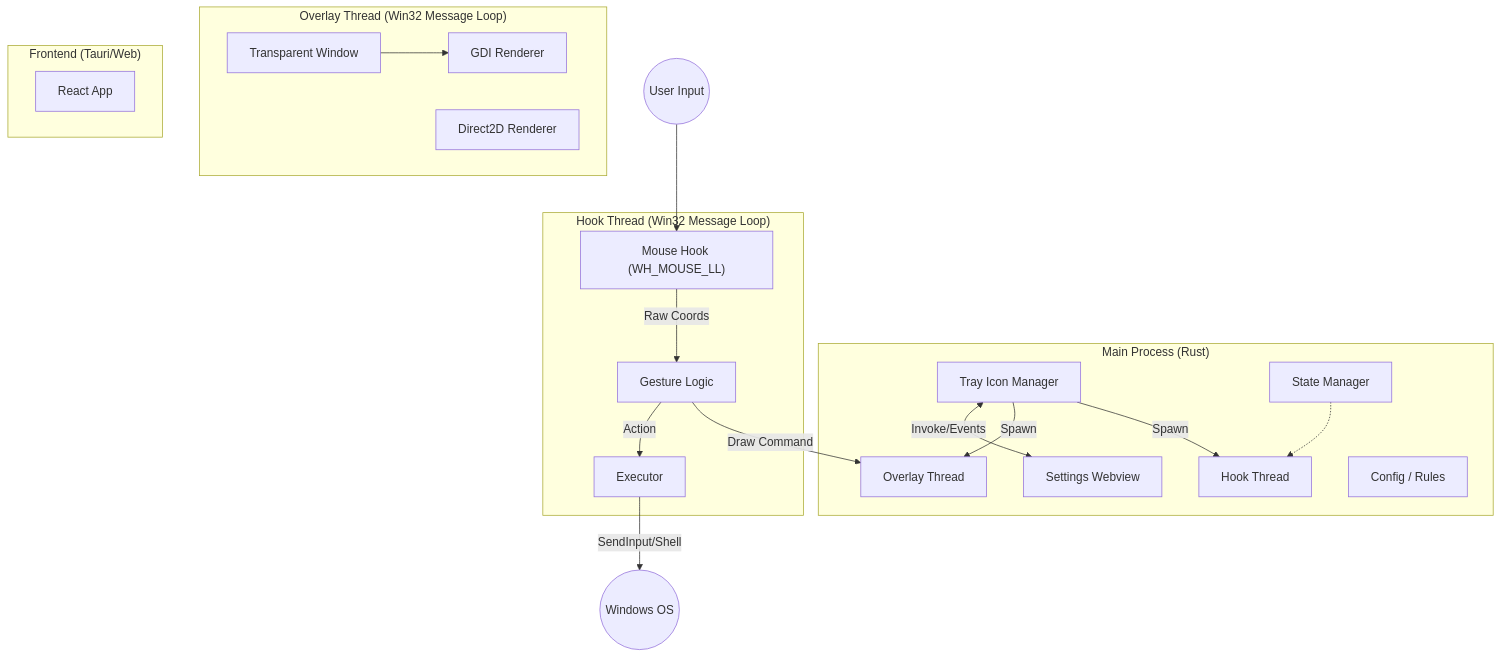
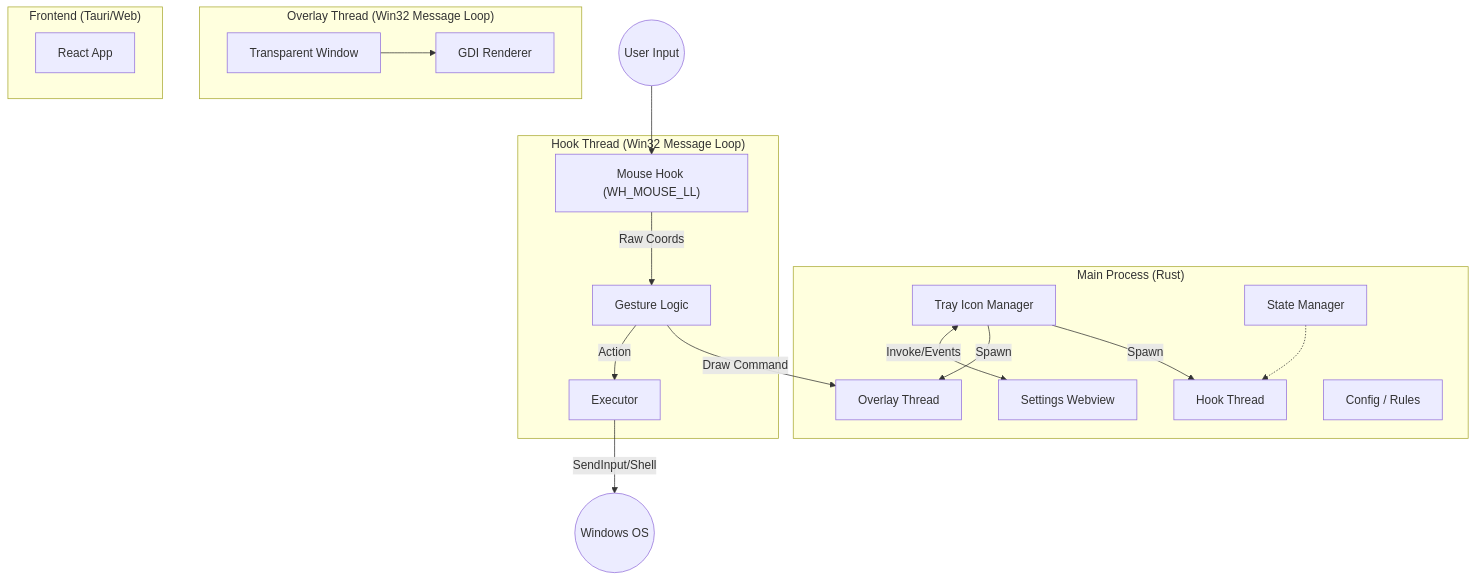
The diagram in docs/architecture.md (r4ai/zero-gesture), drawn with Mermaid before and after one commit.

Commit message:
Apply suggestion from @Copilot

````diff
--- a/docs/architecture.md
+++ b/docs/architecture.md
@@ -18,35 +18,34 @@
 ```mermaid
 graph TD
     subgraph "Main Process (Rust)"
         T[Tray Icon Manager] -->|Spawn| H[Hook Thread]
         T -->|Spawn| O[Overlay Thread]
         T <-->|Invoke/Events| W[Settings Webview]
 
         SM[State Manager]
         note1[Config / Rules]
         SM -.-> H
     end
 
     subgraph "Hook Thread (Win32 Message Loop)"
         HM["Mouse Hook (WH_MOUSE_LL)"]
         GL[Gesture Logic]
 
         HM -->|Raw Coords| GL
         GL -->|Draw Command| O
         GL -->|Action| EX[Executor]
     end
 
     subgraph "Overlay Thread (Win32 Message Loop)"
         WIN[Transparent Window]
-        D2D[Direct2D Renderer]
 
         WIN --> GDI[GDI Renderer]
     end
 
     subgraph "Frontend (Tauri/Web)"
         UI[React App]
     end
 
     User((User Input)) --> HM
     EX -->|SendInput/Shell| OS((Windows OS))
 ```
````
